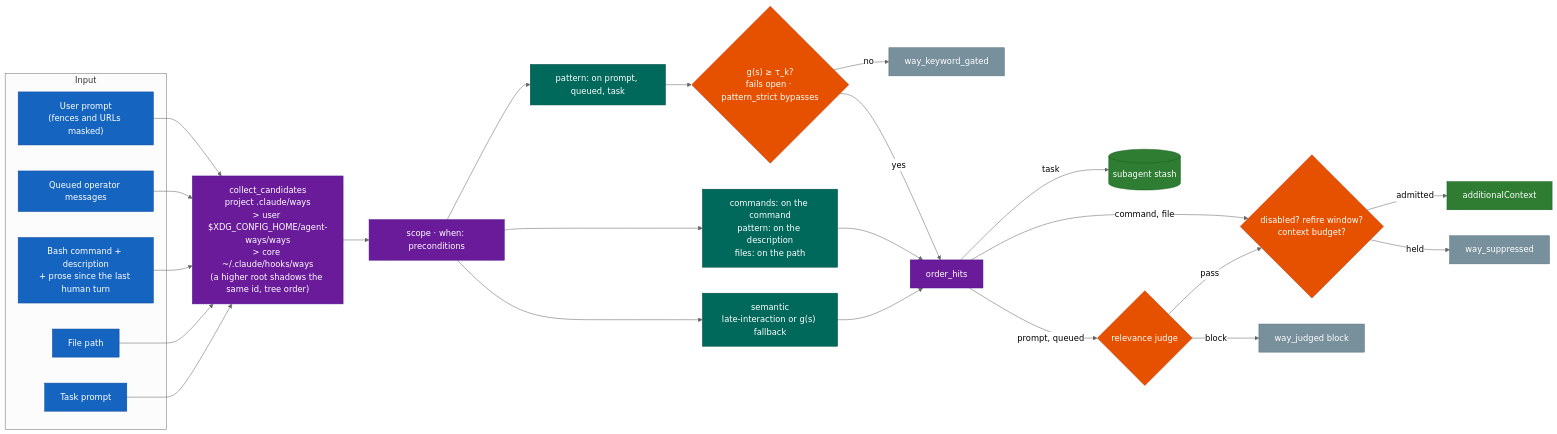
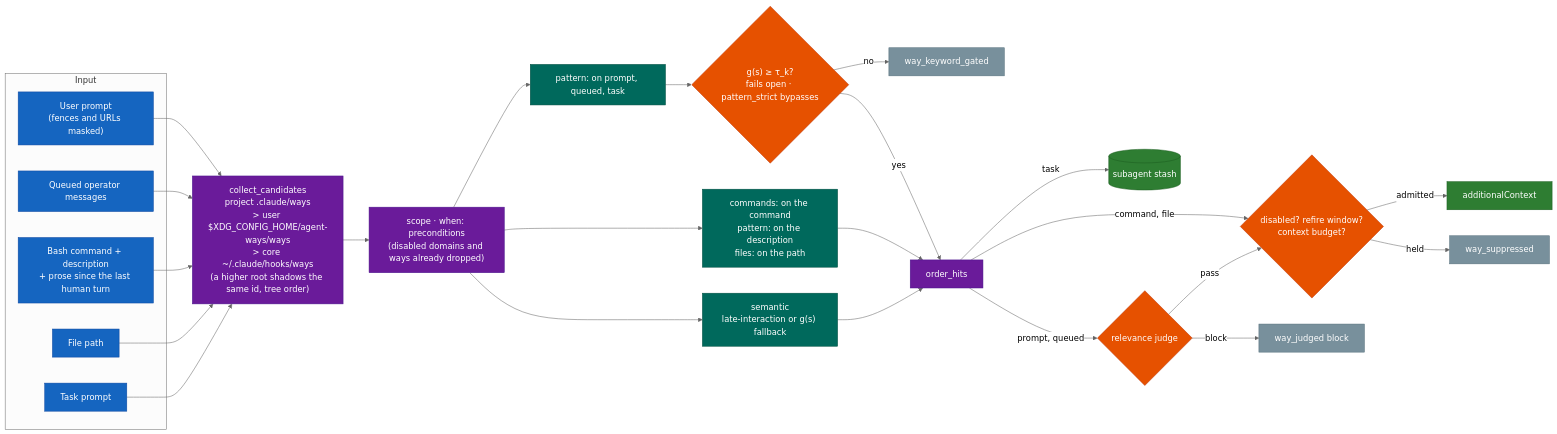
The seventh of 13 diagrams in docs/architecture.md (aaronsb/agent-ways), drawn with Mermaid (neutral theme) before and after one commit. The commit also changed other lines of this file and 9 other files, not shown here.

First line of the commit message:
docs(architecture): address review: agent scope, fire_score, judge lanes and switches

````diff
--- a/docs/architecture.md
+++ b/docs/architecture.md
@@ -306,47 +308,47 @@
 ```mermaid
 flowchart LR
     classDef input fill:#1565C0,stroke:#0D47A1,color:#fff
     classDef scan fill:#6A1B9A,stroke:#4A148C,color:#fff
     classDef match fill:#00695C,stroke:#004D40,color:#fff
     classDef gate fill:#E65100,stroke:#BF360C,color:#fff
     classDef output fill:#2E7D32,stroke:#1B5E20,color:#fff
     classDef silent fill:#78909C,stroke:#546E7A,color:#fff
 
     subgraph Input
         Prompt["User prompt<br/>(fences and URLs masked)"]:::input
         Queued["Queued operator messages"]:::input
         Cmd["Bash command + description<br/>+ prose since the last human turn"]:::input
         File["File path"]:::input
         TaskP["Task prompt"]:::input
     end
 
     Cand["collect_candidates<br/>project .claude/ways<br/>> user $XDG_CONFIG_HOME/agent-ways/ways<br/>> core ~/.claude/hooks/ways<br/>(a higher root shadows the same id, tree order)"]:::scan
-    Pre["scope · when: preconditions"]:::scan
+    Pre["scope · when: preconditions<br/>(disabled domains and ways already dropped)"]:::scan
 
     Prompt --> Cand
     Queued --> Cand
     Cmd --> Cand
     File --> Cand
     TaskP --> Cand
     Cand --> Pre
 
     Pre --> KW["pattern: on prompt, queued, task"]:::match
     Pre --> DIR["commands: on the command<br/>pattern: on the description<br/>files: on the path"]:::match
     Pre --> SEM["semantic<br/>late-interaction or g(s) fallback"]:::match
 
     KW --> Floor{"g(s) ≥ τ_k?<br/>fails open · pattern_strict bypasses"}:::gate
     Floor -->|no| KG["way_keyword_gated"]:::silent
     Floor -->|yes| Hits
     DIR --> Hits
     SEM --> Hits
 
     Hits["order_hits"]:::scan
     Hits -->|task| Stash[("subagent stash")]:::output
     Hits -->|prompt, queued| Judge{"relevance judge"}:::gate
     Hits -->|command, file| Show
     Judge -->|pass| Show
     Judge -->|block| JB["way_judged block"]:::silent
     Show{"disabled? refire window?<br/>context budget?"}:::gate
     Show -->|admitted| Out["additionalContext"]:::output
     Show -->|held| WS["way_suppressed"]:::silent
 ```
````
